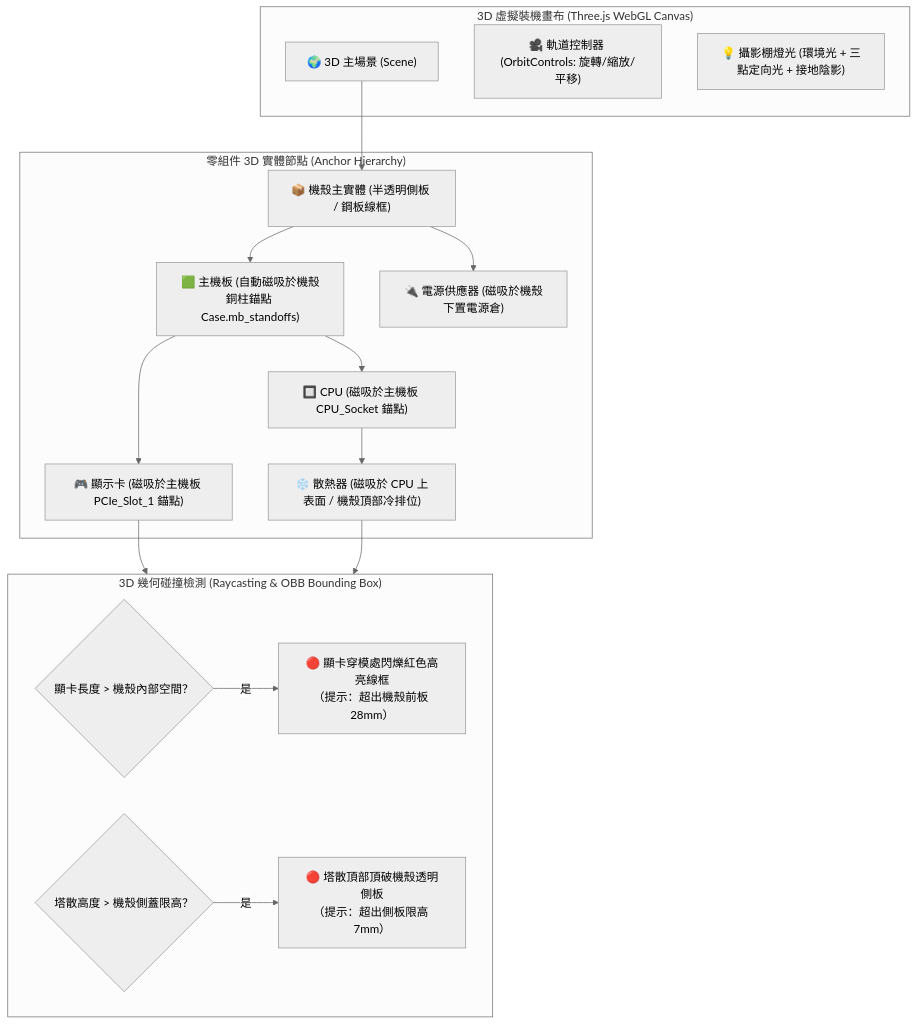
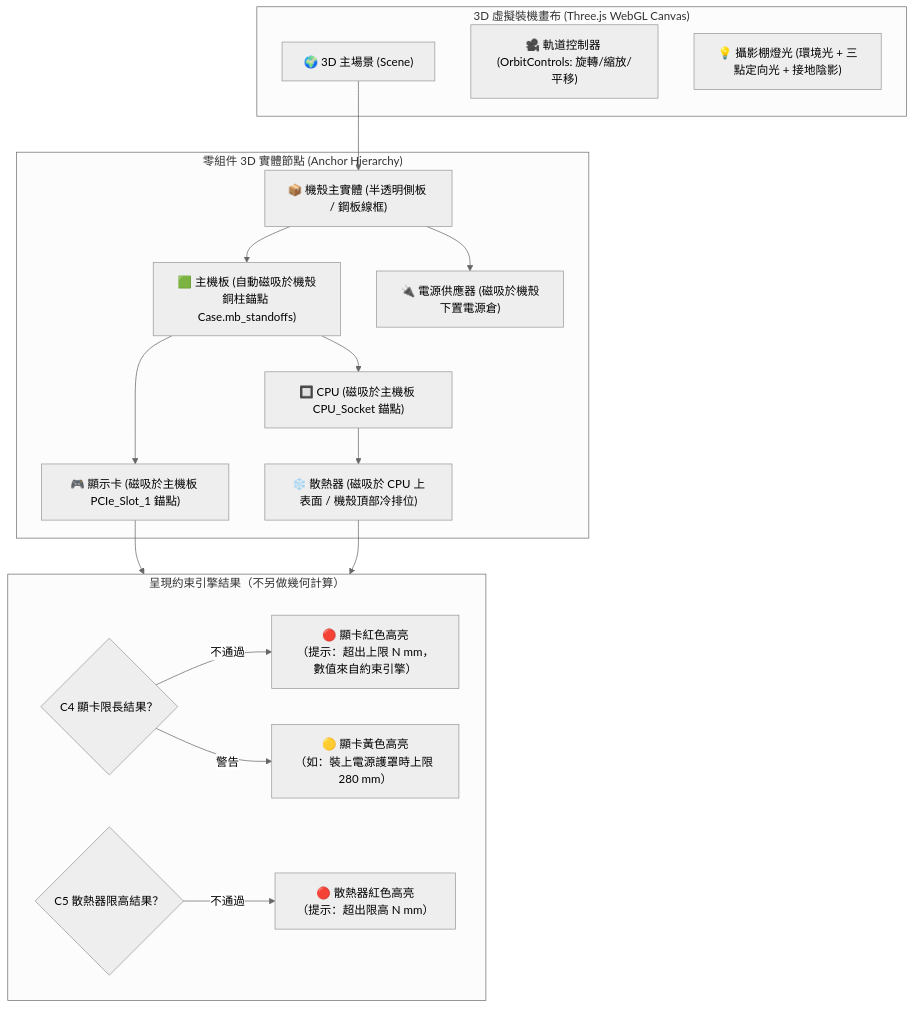
One commit to VaalRL/TW-bentocraft-dev changed the diagram in 04-high-fidelity-3d-visualization-and-threejs-spec.md. Above: the diagram before and after it, drawn with Mermaid (neutral theme). The commit also changed other lines of this file and 9 other files, not shown here.

````diff
--- a/04-high-fidelity-3d-visualization-and-threejs-spec.md
+++ b/04-high-fidelity-3d-visualization-and-threejs-spec.md
@@ -30,33 +36,34 @@
 ```mermaid
 flowchart TD
     subgraph Viewport["3D 虛擬裝機畫布 (Three.js WebGL Canvas)"]
         Scene["🌍 3D 主場景 (Scene)"]
         Camera["🎥 軌道控制器 (OrbitControls: 旋轉/縮放/平移)"]
         Lighting["💡 攝影棚燈光 (環境光 + 三點定向光 + 接地陰影)"]
     end
 
     subgraph HardwareNodes["零組件 3D 實體節點 (Anchor Hierarchy)"]
         CaseNode["📦 機殼主實體 (半透明側板 / 鋼板線框)"]
         MBNode["🟩 主機板 (自動磁吸於機殼銅柱錨點 Case.mb_standoffs)"]
         CPUNode["🔲 CPU (磁吸於主機板 CPU_Socket 錨點)"]
         CoolerNode["❄️ 散熱器 (磁吸於 CPU 上表面 / 機殼頂部冷排位)"]
         GPUNode["🎮 顯示卡 (磁吸於主機板 PCIe_Slot_1 錨點)"]
         PSUNode["🔌 電源供應器 (磁吸於機殼下置電源倉)"]
     end
 
-    subgraph CollisionEngine["3D 幾何碰撞檢測 (Raycasting & OBB Bounding Box)"]
-        GPUCollision{"顯卡長度 > 機殼內部空間？"}
-        CoolerCollision{"塔散高度 > 機殼側蓋限高？"}
+    subgraph CollisionEngine["呈現約束引擎結果（不另做幾何計算）"]
+        GPUCollision{"C4 顯卡限長結果？"}
+        CoolerCollision{"C5 散熱器限高結果？"}
         
-        GPUCollision -->|是| AlertGPU["🔴 顯卡穿模處閃爍紅色高亮線框<br>（提示：超出機殼前板 28mm）"]
-        CoolerCollision -->|是| AlertCooler["🔴 塔散頂部頂破機殼透明側板<br>（提示：超出側板限高 7mm）"]
+        GPUCollision -->|不通過| AlertGPU["🔴 顯卡紅色高亮<br>（提示：超出上限 N mm，數值來自約束引擎）"]
+        GPUCollision -->|警告| WarnGPU["🟡 顯卡黃色高亮<br>（如：裝上電源護罩時上限 280 mm）"]
+        CoolerCollision -->|不通過| AlertCooler["🔴 散熱器紅色高亮<br>（提示：超出限高 N mm）"]
     end
 
     Scene --> CaseNode
     CaseNode --> MBNode --> CPUNode --> CoolerNode
     MBNode --> GPUNode
     CaseNode --> PSUNode
     
     GPUNode --> CollisionEngine
     CoolerNode --> CollisionEngine
 ```
````
